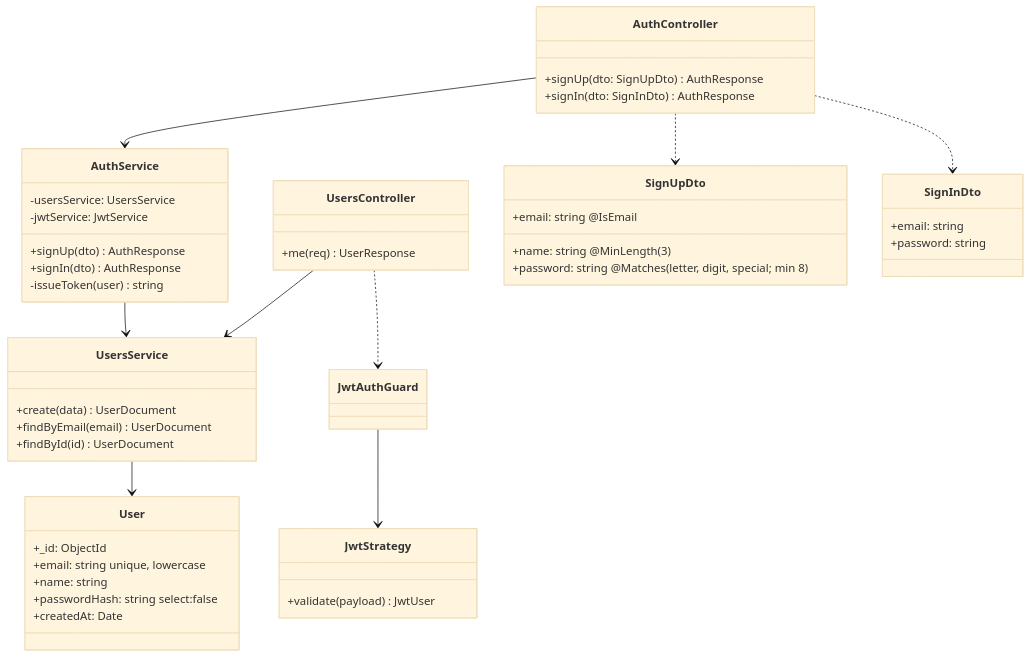
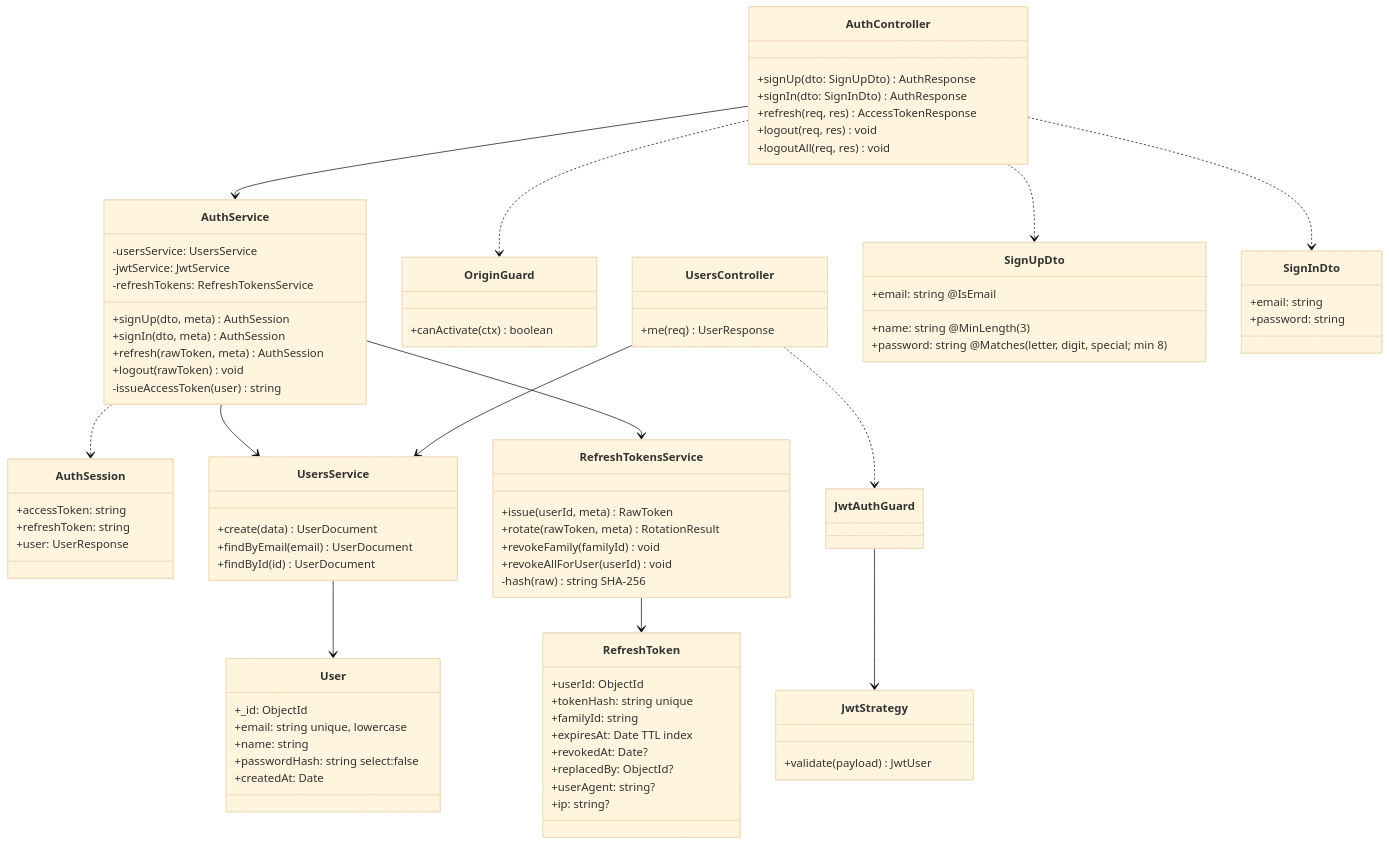
Before and after one commit to Rowan-habashy/easyGenerator-auth: the first of 2 diagrams in docs/architecture/c4-code.md, drawn with Mermaid (base theme). The commit also changed other lines of this file and 5 other files, not shown here.

```diff
--- a/docs/architecture/c4-code.md
+++ b/docs/architecture/c4-code.md
@@ -7,13 +7,44 @@
     class AuthController {
         +signUp(dto: SignUpDto) AuthResponse
         +signIn(dto: SignInDto) AuthResponse
+        +refresh(req, res) AccessTokenResponse
+        +logout(req, res) void
+        +logoutAll(req, res) void
     }
     class AuthService {
         -usersService: UsersService
         -jwtService: JwtService
-        +signUp(dto) AuthResponse
-        +signIn(dto) AuthResponse
-        -issueToken(user) string
+        -refreshTokens: RefreshTokensService
+        +signUp(dto, meta) AuthSession
+        +signIn(dto, meta) AuthSession
+        +refresh(rawToken, meta) AuthSession
+        +logout(rawToken) void
+        -issueAccessToken(user) string
+    }
+    class AuthSession {
+        +accessToken: string
+        +refreshToken: string
+        +user: UserResponse
+    }
+    class RefreshTokensService {
+        +issue(userId, meta) RawToken
+        +rotate(rawToken, meta) RotationResult
+        +revokeFamily(familyId) void
+        +revokeAllForUser(userId) void
+        -hash(raw) string  SHA-256
+    }
+    class RefreshToken {
+        +userId: ObjectId
+        +tokenHash: string  unique
+        +familyId: string
+        +expiresAt: Date  TTL index
+        +revokedAt: Date?
+        +replacedBy: ObjectId?
+        +userAgent: string?
+        +ip: string?
+    }
+    class OriginGuard {
+        +canActivate(ctx) boolean
     }
     class UsersController {
         +me(req) UserResponse
@@ -47,6 +78,10 @@
     AuthController ..> SignUpDto
     AuthController ..> SignInDto
     AuthService --> UsersService
+    AuthService --> RefreshTokensService
+    AuthService ..> AuthSession
+    AuthController ..> OriginGuard
+    RefreshTokensService --> RefreshToken
     UsersController --> UsersService
     UsersController ..> JwtAuthGuard
     JwtAuthGuard --> JwtStrategy
```
